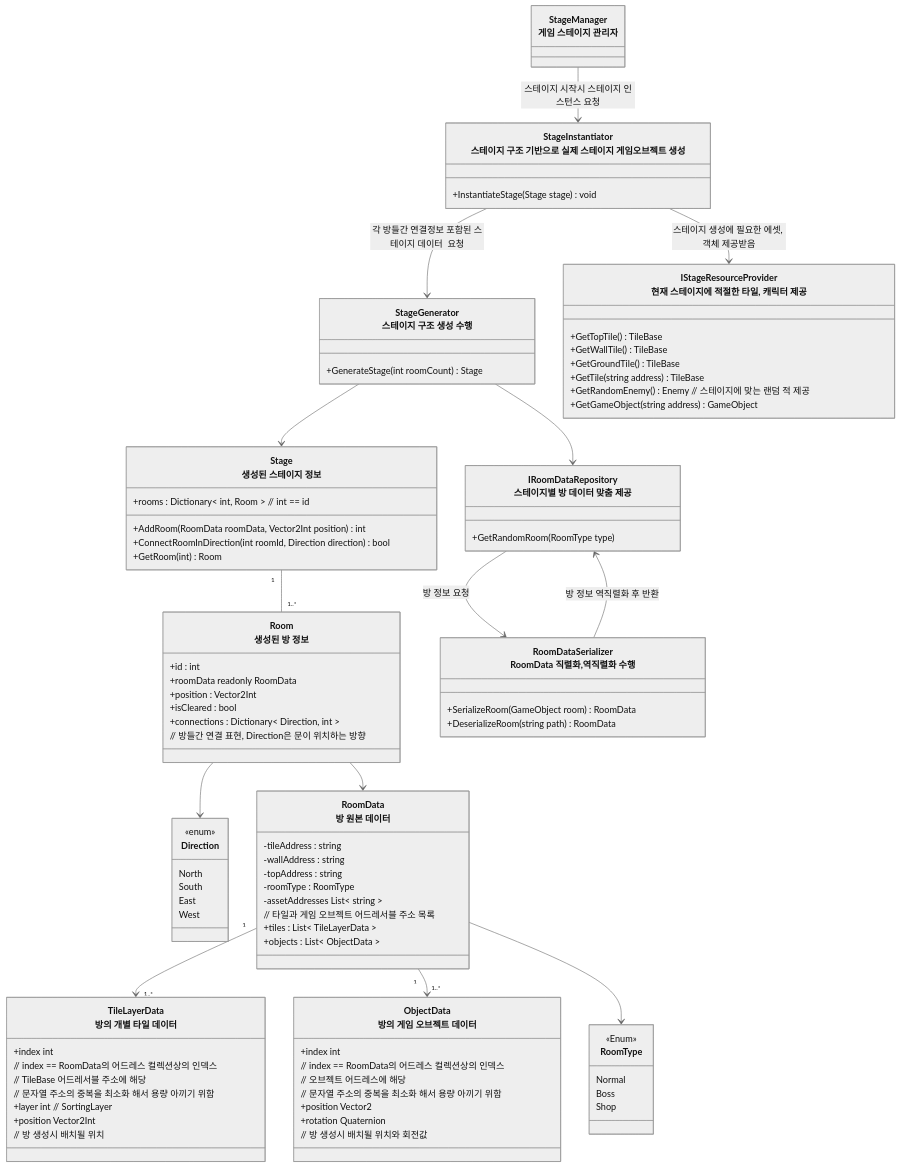
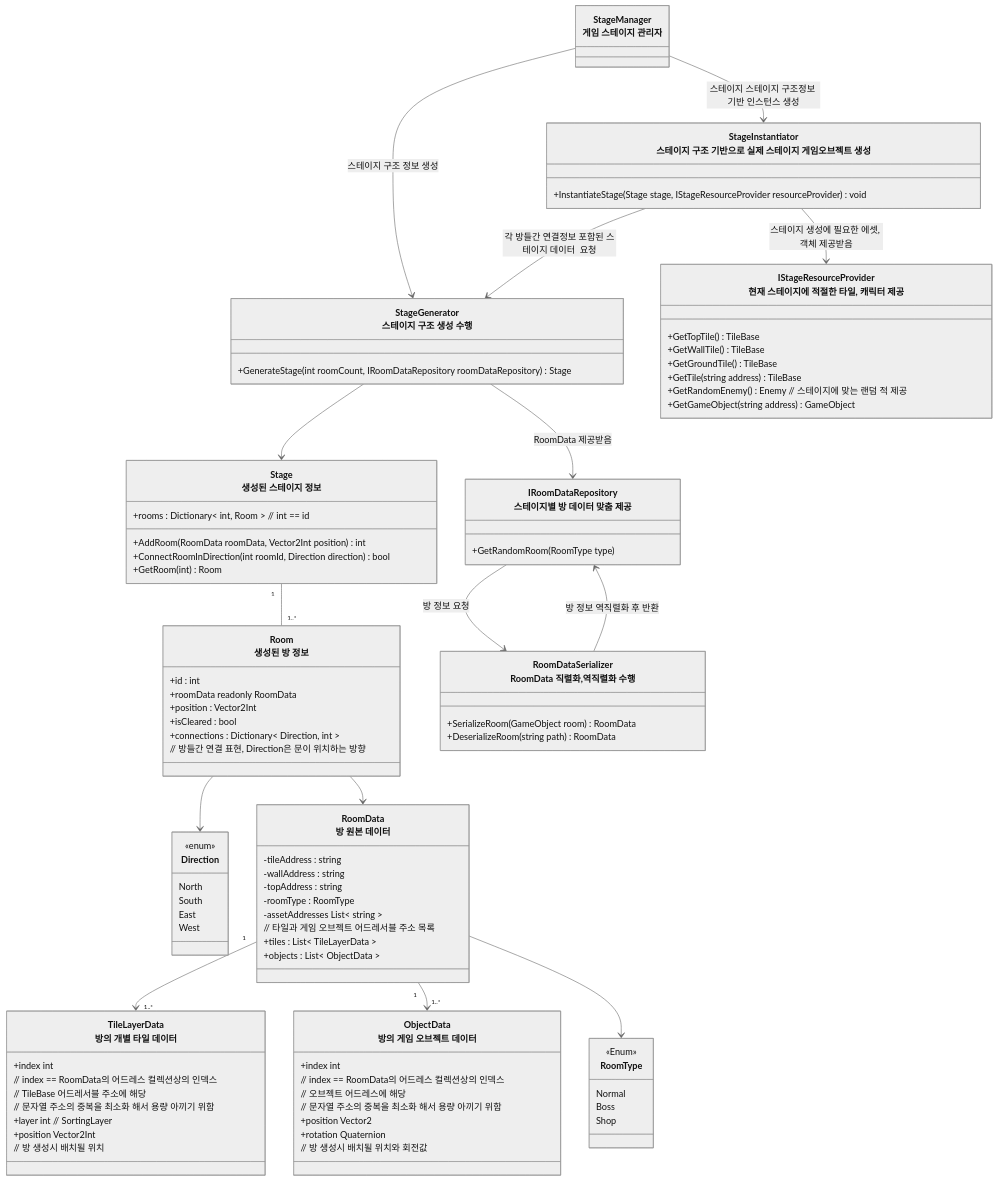
Before and after one commit to JIN5EOK/DungeonShooter: the first of 5 diagrams in Assets/_README/Stage_Spec.md, drawn with Mermaid (neutral theme).

Commit message:
docs: 클래스 다이어그램 업데이트

```diff
--- a/Assets/_README/Stage_Spec.md
+++ b/Assets/_README/Stage_Spec.md
@@ -70,11 +70,11 @@
     }
 
     class StageGenerator["StageGenerator<br>스테이지 구조 생성 수행"]{
-        +GenerateStage(int roomCount) Stage
+        +GenerateStage(int roomCount, IRoomDataRepository roomDataRepository) Stage
     }
 
     class StageInstantiator["StageInstantiator<br>스테이지 구조 기반으로 실제 스테이지 게임오브젝트 생성"]{
-        +InstantiateStage(Stage stage) void
+        +InstantiateStage(Stage stage, IStageResourceProvider resourceProvider) void
     }
     
     class StageManager["StageManager<br>게임 스테이지 관리자"]{
@@ -97,8 +97,9 @@
     }
     
     StageInstantiator --> IStageResourceProvider : 스테이지 생성에 필요한 에셋, 객체 제공받음
-    StageGenerator --> IRoomDataRepository
-    StageManager --> StageInstantiator : 스테이지 시작시 스테이지 인스턴스 요청
+    StageGenerator --> IRoomDataRepository : RoomData 제공받음
+    StageManager --> StageInstantiator : 스테이지 스테이지 구조정보 기반 인스턴스 생성
+    StageManager --> StageGenerator : 스테이지 구조 정보 생성
     Room --> Direction
     
     IRoomDataRepository --> RoomDataSerializer : 방 정보 요청
```
